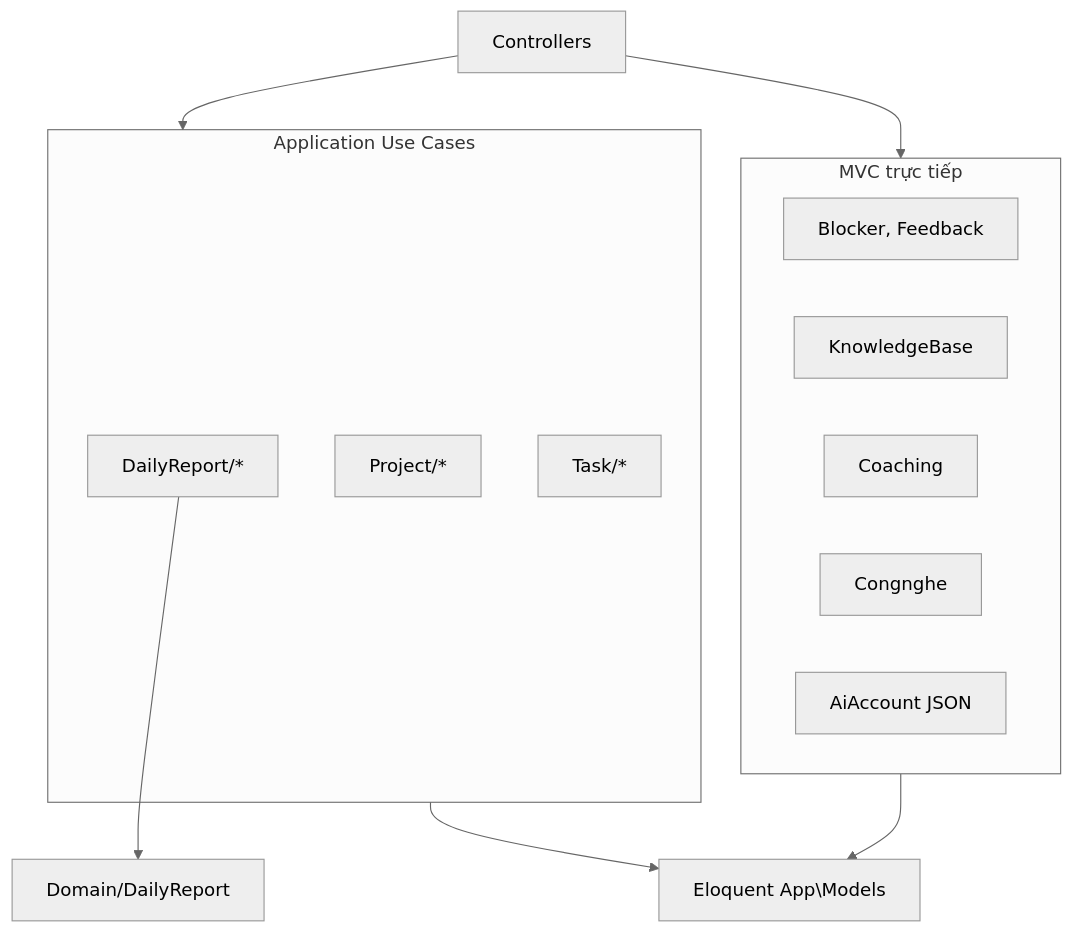
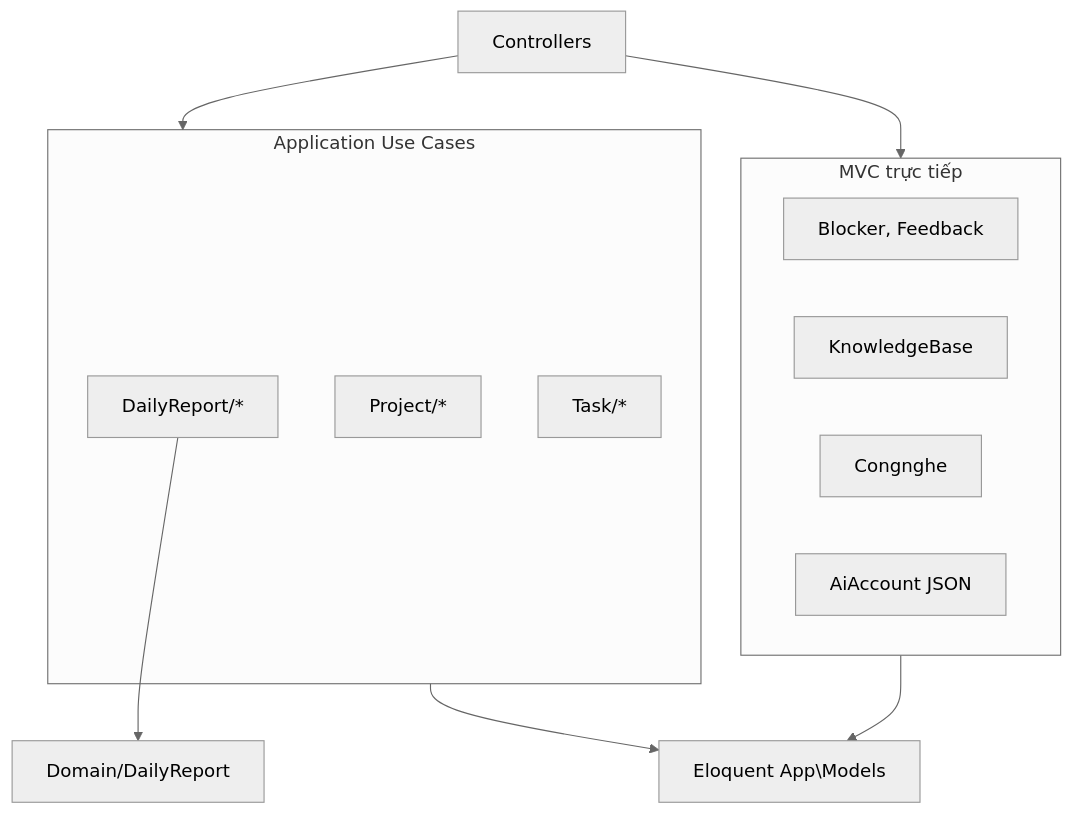
One commit to EasyToBuildWithKane/va-qlda changed the fifth of 10 diagrams in docs/FLOWS_AND_DOCS_MAP.md. Above: the diagram before and after it, drawn with Mermaid (neutral theme). The commit also changed other lines of this file and 149 other files, not shown here.

````diff
--- a/docs/FLOWS_AND_DOCS_MAP.md
+++ b/docs/FLOWS_AND_DOCS_MAP.md
@@ -136,20 +136,19 @@
 ```mermaid
 flowchart TB
   subgraph UC ["Application Use Cases"]
     DR[DailyReport/*]
     PR[Project/*]
     TK[Task/*]
   end
   subgraph MVC ["MVC trực tiếp"]
     BK[Blocker, Feedback]
     KB[KnowledgeBase]
-    CH[Coaching]
     CG[Congnghe]
     AA[AiAccount JSON]
   end
   HTTP[Controllers] --> UC
   HTTP --> MVC
   DR --> DOM[Domain/DailyReport]
   UC --> ELO[Eloquent App\Models]
   MVC --> ELO
 ```
````
